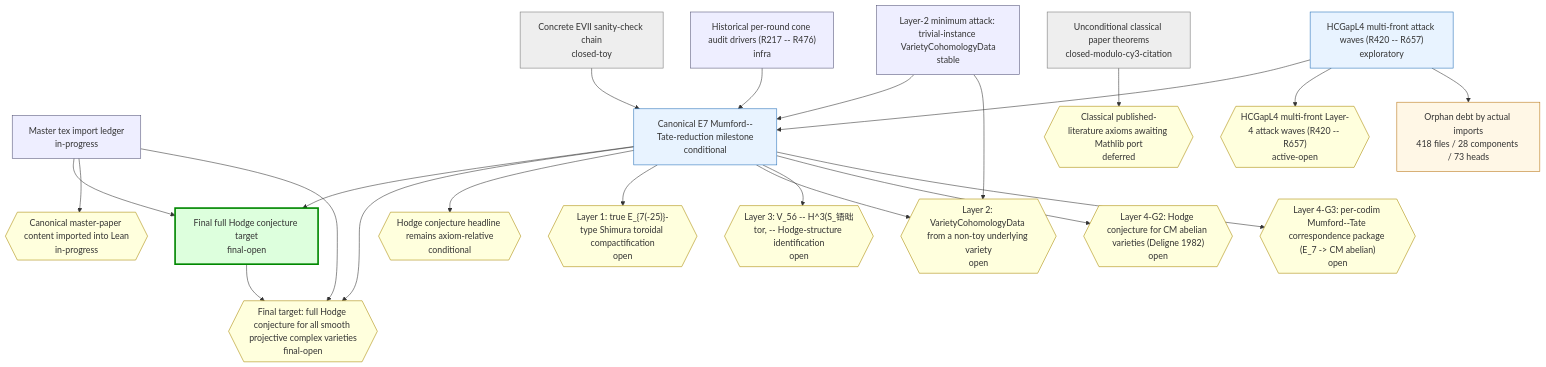
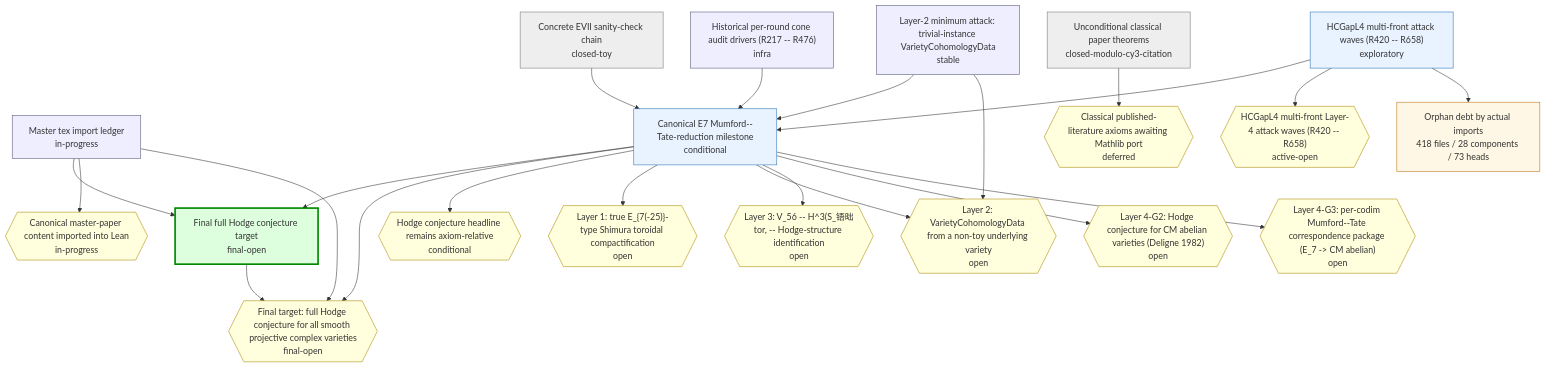
One commit to crabsatellite/hodge-conjecture-lean4-formalization changed the first of 2 diagrams in chain-status/research-map.md. Above: the diagram before and after it, drawn with Mermaid. The commit also changed other lines of this file and 8 other files, not shown here.

````diff
--- a/chain-status/research-map.md
+++ b/chain-status/research-map.md
@@ -46,54 +46,54 @@
 ```mermaid
 graph TD
   classDef main fill:#dfd,stroke:#080,stroke-width:3px
   classDef active fill:#e8f3ff,stroke:#2670b8
   classDef support fill:#eef,stroke:#557
   classDef closed fill:#eee,stroke:#777
   classDef dead fill:#fdd,stroke:#a00,stroke-width:2px
   classDef gapOpen fill:#ffd,stroke:#a80
   classDef gapClosed fill:#eee,stroke:#777
   classDef gapDead fill:#fdd,stroke:#a00
   classDef debt fill:#fff7e6,stroke:#b87514
   classDef debtTaxonomy fill:#e8f3ff,stroke:#2670b8,stroke-dasharray:3 3
   classDef debtRule fill:#eefbea,stroke:#398439,stroke-dasharray:3 3
   classDef debtDead fill:#fdd,stroke:#a00,stroke-dasharray:3 3
   chain_full_hc_final_target["Final full Hodge conjecture target\nfinal-open"]:::main
   chain_master_paper_import_ledger["Master tex import ledger\nin-progress"]:::support
   chain_main_hc_axiom_relative["Canonical E7 Mumford--Tate-reduction milestone\nconditional"]:::active
   chain_unconditional_classical["Unconditional classical paper theorems\nclosed-modulo-cy3-citation"]:::closed
   chain_hcgap_l2_trivial_instances["Layer-2 minimum attack: trivial-instance VarietyCohomologyData\nstable"]:::support
-  chain_hcgap_l4_multifront_active["HCGapL4 multi-front attack waves (R420 -- R657)\nexploratory"]:::active
+  chain_hcgap_l4_multifront_active["HCGapL4 multi-front attack waves (R420 -- R658)\nexploratory"]:::active
   chain_concrete_evii_toy["Concrete EVII sanity-check chain\nclosed-toy"]:::closed
   chain_historical_cone_audits["Historical per-round cone audit drivers (R217 -- R476)\ninfra"]:::support
   gap_G_full_hc{{"Final target: full Hodge conjecture for all smooth projective complex varieties\nfinal-open"}}:::gapOpen
   gap_G_master_paper_import{{"Canonical master-paper content imported into Lean\nin-progress"}}:::gapOpen
   gap_G_main_hc{{"Hodge conjecture headline remains axiom-relative\nconditional"}}:::gapOpen
   gap_G_l1_e7_shimura_tor{{"Layer 1: true E_{7(-25)}-type Shimura toroidal compactification\nopen"}}:::gapOpen
   gap_G_l2_cohomology_construction{{"Layer 2: VarietyCohomologyData from a non-toy underlying variety\nopen"}}:::gapOpen
   gap_G_l3_v56_mt_identification{{"Layer 3: V_56 -- H^3(S_铻昢tor, -- Hodge-structure identification\nopen"}}:::gapOpen
   gap_G_l4_cm_abelian_hc{{"Layer 4-G2: Hodge conjecture for CM abelian varieties (Deligne 1982)\nopen"}}:::gapOpen
   gap_G_l4_mt_correspondence{{"Layer 4-G3: per-codim Mumford--Tate correspondence package (E_7 -> CM abelian)\nopen"}}:::gapOpen
   gap_G_classical_mathlib_port{{"Classical published-literature axioms awaiting Mathlib port\ndeferred"}}:::gapOpen
-  gap_G_hcgap_l4_multifront{{"HCGapL4 multi-front Layer-4 attack waves (R420 -- R657)\nactive-open"}}:::gapOpen
+  gap_G_hcgap_l4_multifront{{"HCGapL4 multi-front Layer-4 attack waves (R420 -- R658)\nactive-open"}}:::gapOpen
   chain_full_hc_final_target --> gap_G_full_hc
   chain_master_paper_import_ledger --> chain_full_hc_final_target
   chain_master_paper_import_ledger --> gap_G_master_paper_import
   chain_master_paper_import_ledger --> gap_G_full_hc
   chain_main_hc_axiom_relative --> chain_full_hc_final_target
   chain_main_hc_axiom_relative --> gap_G_full_hc
   chain_main_hc_axiom_relative --> gap_G_main_hc
   chain_main_hc_axiom_relative --> gap_G_l1_e7_shimura_tor
   chain_main_hc_axiom_relative --> gap_G_l2_cohomology_construction
   chain_main_hc_axiom_relative --> gap_G_l3_v56_mt_identification
   chain_main_hc_axiom_relative --> gap_G_l4_cm_abelian_hc
   chain_main_hc_axiom_relative --> gap_G_l4_mt_correspondence
   chain_unconditional_classical --> gap_G_classical_mathlib_port
   chain_hcgap_l2_trivial_instances --> chain_main_hc_axiom_relative
   chain_hcgap_l2_trivial_instances --> gap_G_l2_cohomology_construction
   chain_hcgap_l4_multifront_active --> chain_main_hc_axiom_relative
   chain_hcgap_l4_multifront_active --> gap_G_hcgap_l4_multifront
   chain_concrete_evii_toy --> chain_main_hc_axiom_relative
   chain_historical_cone_audits --> chain_main_hc_axiom_relative
   debt_all["Orphan debt by actual imports\n418 files / 28 components / 73 heads"]:::debt
   chain_hcgap_l4_multifront_active --> debt_all
 ```
````
